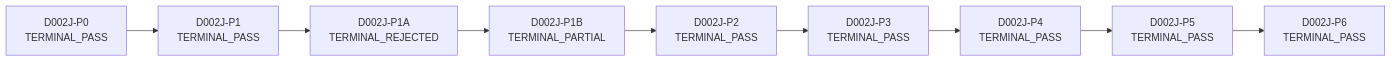
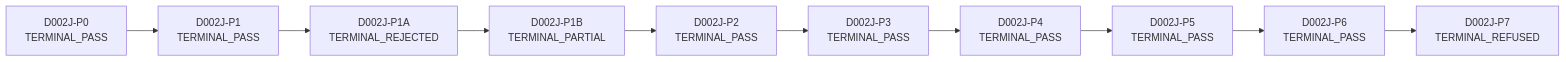
Before and after one commit to neuron7xLab/GeoSync: the diagram in docs/research/D002J_LINEAGE_MAP.md, drawn with Mermaid. The commit also changed other lines of this file and 13 other files, not shown here.

````diff
--- a/docs/research/D002J_LINEAGE_MAP.md
+++ b/docs/research/D002J_LINEAGE_MAP.md
@@ -13,20 +13,22 @@
 ```mermaid
 graph LR
     D002J-P0[D002J-P0<br/>TERMINAL_PASS]
     D002J-P1[D002J-P1<br/>TERMINAL_PASS]
     D002J-P1A[D002J-P1A<br/>TERMINAL_REJECTED]
     D002J-P1B[D002J-P1B<br/>TERMINAL_PARTIAL]
     D002J-P2[D002J-P2<br/>TERMINAL_PASS]
     D002J-P3[D002J-P3<br/>TERMINAL_PASS]
     D002J-P4[D002J-P4<br/>TERMINAL_PASS]
     D002J-P5[D002J-P5<br/>TERMINAL_PASS]
     D002J-P6[D002J-P6<br/>TERMINAL_PASS]
+    D002J-P7[D002J-P7<br/>TERMINAL_REFUSED]
     D002J-P0 --> D002J-P1
     D002J-P1 --> D002J-P1A
     D002J-P1A --> D002J-P1B
     D002J-P1B --> D002J-P2
     D002J-P2 --> D002J-P3
     D002J-P3 --> D002J-P4
     D002J-P4 --> D002J-P5
     D002J-P5 --> D002J-P6
+    D002J-P6 --> D002J-P7
 ```
````
